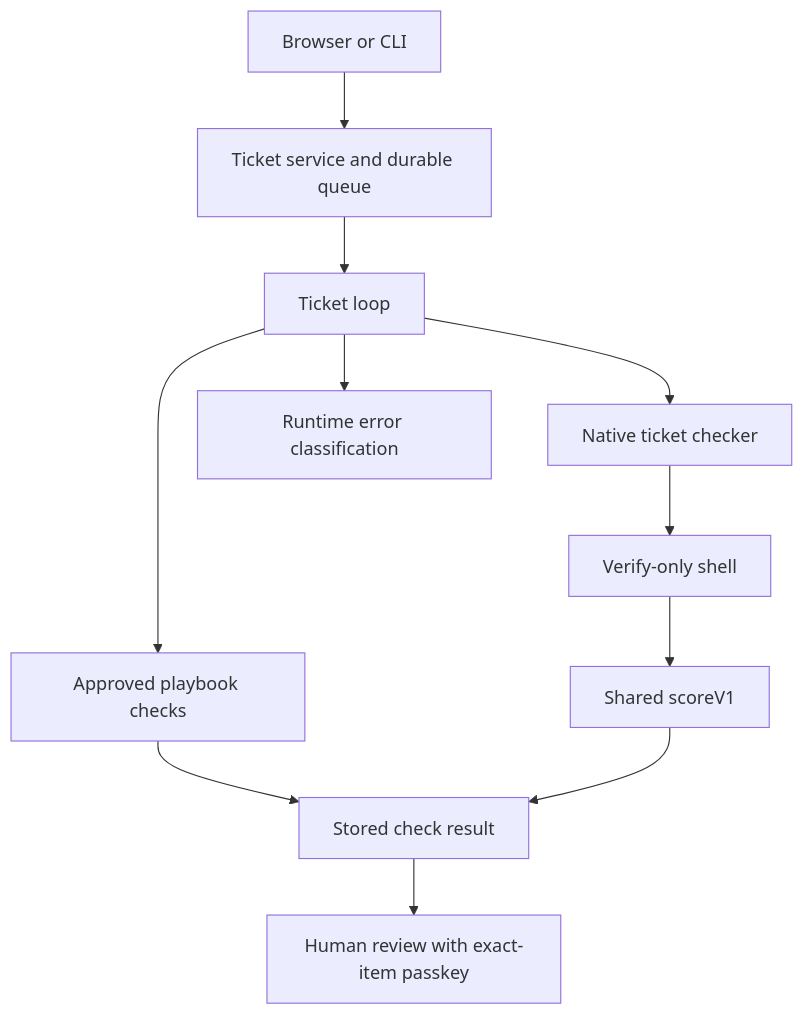
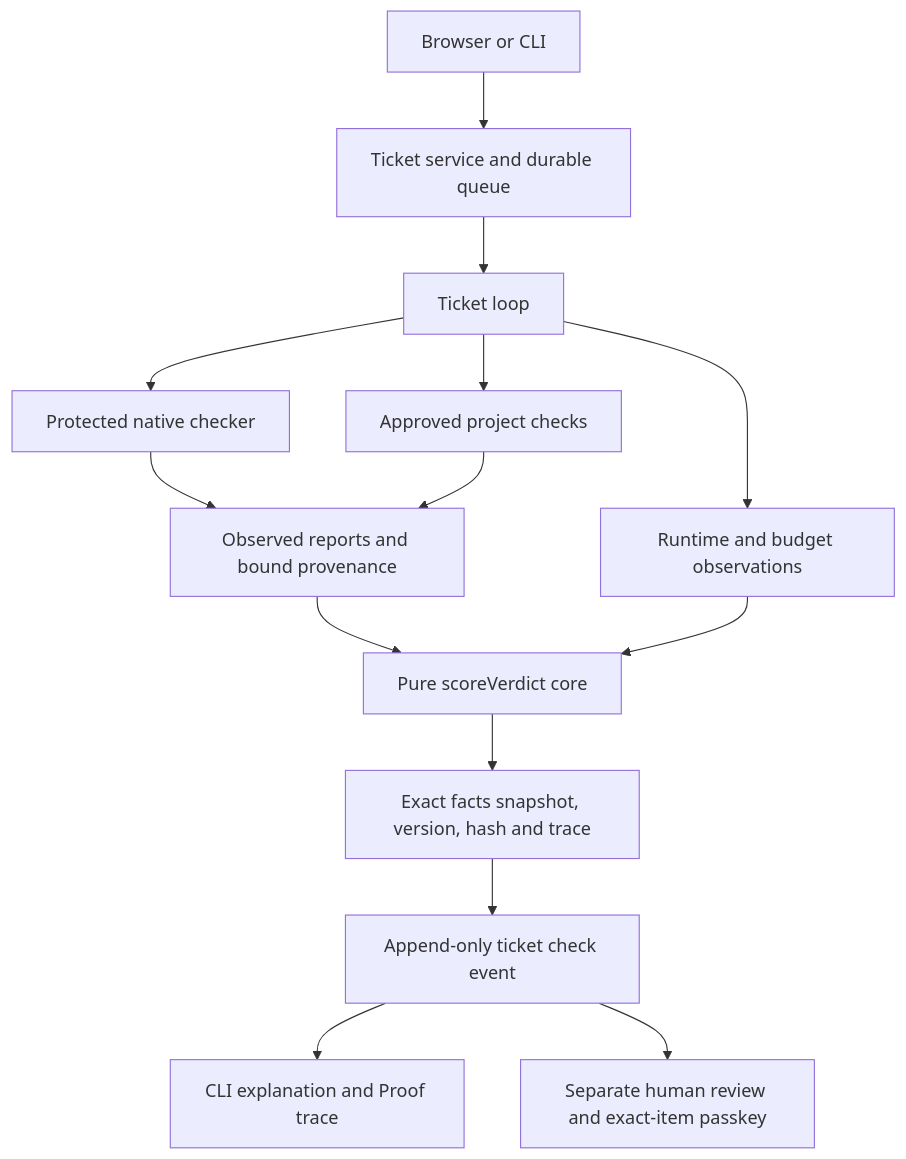
Before and after one commit to jeshwanthsingh/Unfoolable: the diagram in docs/DESIGN_FACTS.md, drawn with Mermaid. The commit also changed other lines of this file and 28 other files, not shown here.

Commit message:
CORE-1 finish zero-diff replay, safety validation and final verdict maps

````diff
--- a/docs/DESIGN_FACTS.md
+++ b/docs/DESIGN_FACTS.md
@@ -5,13 +5,16 @@
 ```mermaid
 flowchart TD
   UI[Browser or CLI] --> Service[Ticket service and durable queue]
   Service --> Loop[Ticket loop]
-  Loop --> Playbook[Approved playbook checks]
-  Loop --> Native[Native ticket checker]
-  Native --> Shell[Verify-only shell]
-  Shell --> Score[Shared scoreV1]
-  Playbook --> Result[Stored check result]
-  Score --> Result
-  Loop --> Error[Runtime error classification]
-  Result --> Human[Human review with exact-item passkey]
+  Loop --> Native[Protected native checker]
+  Loop --> Project[Approved project checks]
+  Native --> Facts[Observed reports and bound provenance]
+  Project --> Facts
+  Loop --> Runtime[Runtime and budget observations]
+  Facts --> Core[Pure scoreVerdict core]
+  Runtime --> Core
+  Core --> Record[Exact facts snapshot, version, hash and trace]
+  Record --> Log[Append-only ticket check event]
+  Log --> Explain[CLI explanation and Proof trace]
+  Log --> Human[Separate human review and exact-item passkey]
 ```
````
